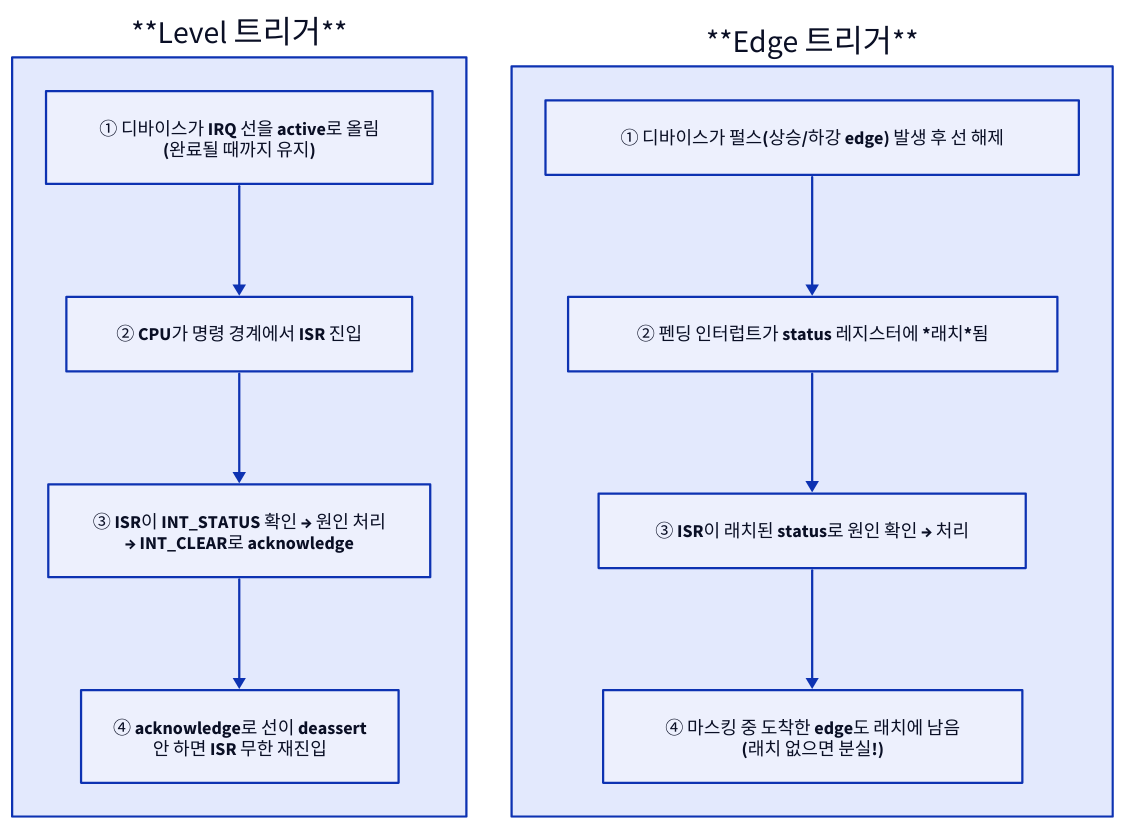
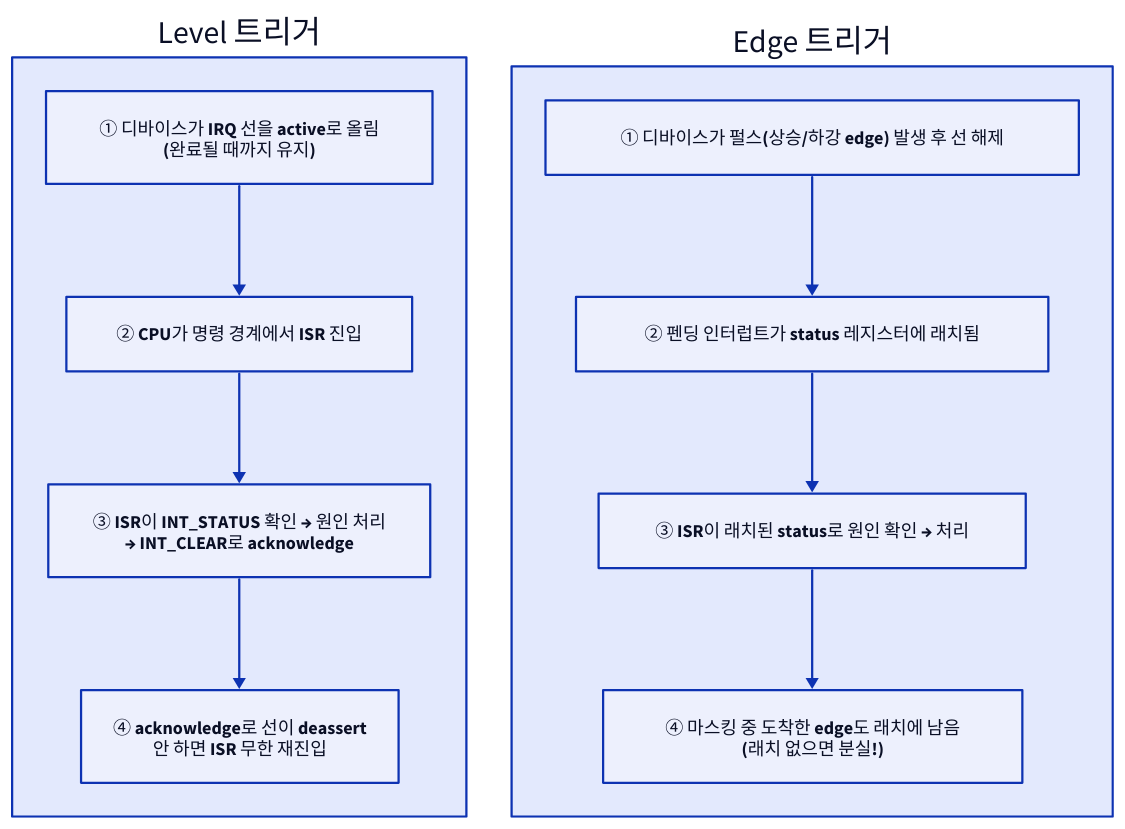
One commit to humbleowl39/DV_SKOOL changed the second of 3 diagrams in starlight_site/src/content/docs/hw_sw_interaction/03_interrupts.md. Above: the diagram before and after it, drawn with D2. The commit also changed other lines of this file and 714 other files, not shown here.

First line of the commit message:
fix(site): d2 다이어그램 가독성 결함 6종 일괄 수정

````diff
--- a/starlight_site/src/content/docs/hw_sw_interaction/03_interrupts.md
+++ b/starlight_site/src/content/docs/hw_sw_interaction/03_interrupts.md
@@ -74,21 +74,21 @@
 ```d2
 direction: down
 
-LEVEL: "**Level 트리거**" {
+LEVEL: "Level 트리거" {
   direction: down
   L1: "① 디바이스가 IRQ 선을 active로 올림\n(완료될 때까지 유지)"
   L2: "② CPU가 명령 경계에서 ISR 진입"
   L3: "③ ISR이 INT_STATUS 확인 → 원인 처리\n→ INT_CLEAR로 acknowledge"
   L4: "④ acknowledge로 선이 deassert\n안 하면 ISR 무한 재진입"
   L1 -> L2 -> L3 -> L4
 }
 
-EDGE: "**Edge 트리거**" {
+EDGE: "Edge 트리거" {
   direction: down
   E1: "① 디바이스가 펄스(상승/하강 edge) 발생 후 선 해제"
-  E2: "② 펜딩 인터럽트가 status 레지스터에 *래치*됨"
+  E2: "② 펜딩 인터럽트가 status 레지스터에 래치됨"
   E3: "③ ISR이 래치된 status로 원인 확인 → 처리"
   E4: "④ 마스킹 중 도착한 edge도 래치에 남음\n(래치 없으면 분실!)"
   E1 -> E2 -> E3 -> E4
 }
 ```
````
